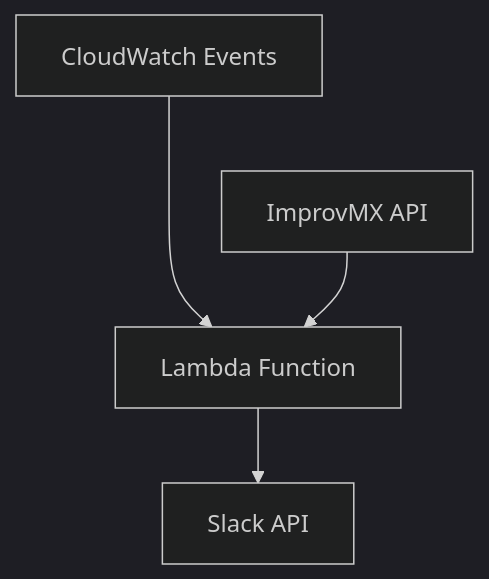
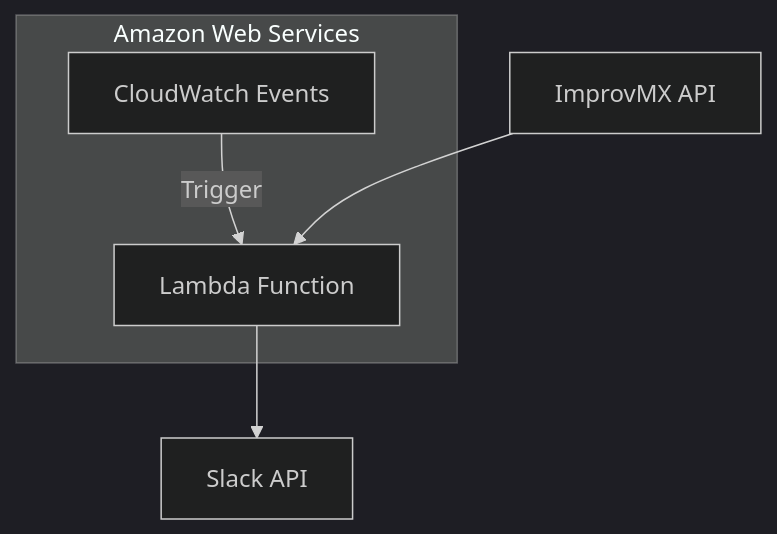
One commit to irwansetiawan/aws-lambda-improvmx-undelivered-notifications changed the diagram in README.md. Above: the diagram before and after it, drawn with Mermaid (dark theme).

Commit message:
Update flowchart

````diff
--- a/README.md
+++ b/README.md
@@ -9,6 +9,8 @@
 ```mermaid
-    graph TD;
-        A[CloudWatch Events] ---> B[Lambda Function]
+    flowchart TD;
+        subgraph Amazon Web Services
+            A[CloudWatch Events] -->|Trigger| B[Lambda Function]
+        end
         C[ImprovMX API] --> B
         B --> D[Slack API]
 ```
````
